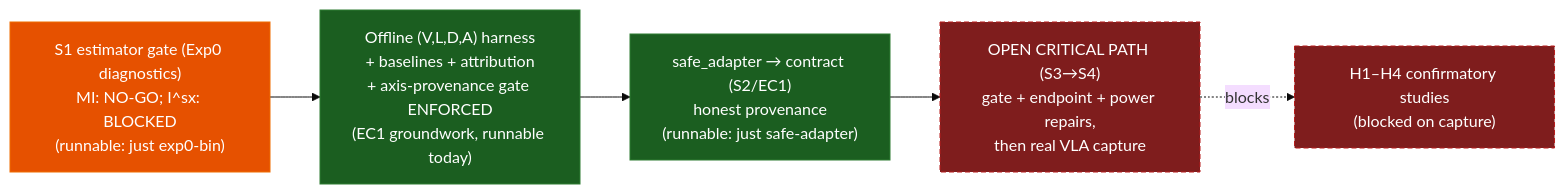
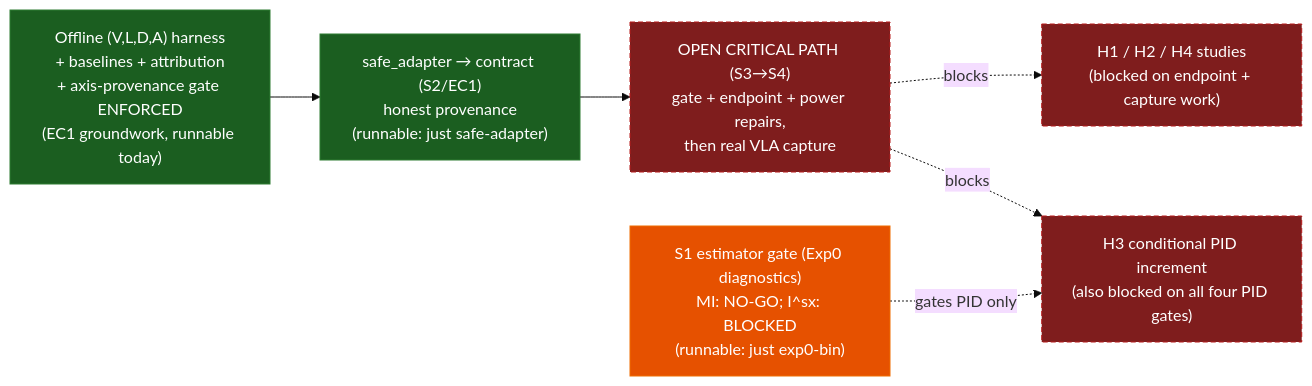
Before and after one commit to sepahead/prisoma: the diagram in README.md, drawn with Mermaid (base theme). The commit also changed other lines of this file and 21 other files, not shown here.

````diff
--- a/README.md
+++ b/README.md
@@ -87,17 +87,19 @@
 ```mermaid
 flowchart LR
     classDef run fill:#1b5e20,stroke:#2e7d32,color:#fff;
     classDef gate fill:#e65100,stroke:#ef6c00,color:#fff;
     classDef blocked fill:#7f1d1d,stroke:#b71c1c,color:#fff,stroke-dasharray:5 3;
 
     Exp0["S1 estimator gate (Exp0 diagnostics)<br/>MI: NO-GO; I^sx: BLOCKED<br/>(runnable: just exp0-bin)"]:::gate
     Harness["Offline (V,L,D,A) harness<br/>+ baselines + attribution<br/>+ axis-provenance gate ENFORCED<br/>(EC1 groundwork, runnable today)"]:::run
     Adapter["safe_adapter → contract (S2/EC1)<br/>honest provenance<br/>(runnable: just safe-adapter)"]:::run
     Capture["OPEN CRITICAL PATH (S3→S4)<br/>gate + endpoint + power repairs,<br/>then real VLA capture"]:::blocked
-    Exps["H1–H4 confirmatory studies<br/>(blocked on capture)"]:::blocked
+    Exps["H1 / H2 / H4 studies<br/>(blocked on endpoint + capture work)"]:::blocked
+    H3["H3 conditional PID increment<br/>(also blocked on all four PID gates)"]:::blocked
 
-    Exp0 --> Harness
     Harness --> Adapter
     Adapter --> Capture
     Capture -. blocks .-> Exps
+    Capture -. blocks .-> H3
+    Exp0 -. gates PID only .-> H3
 ```
````
